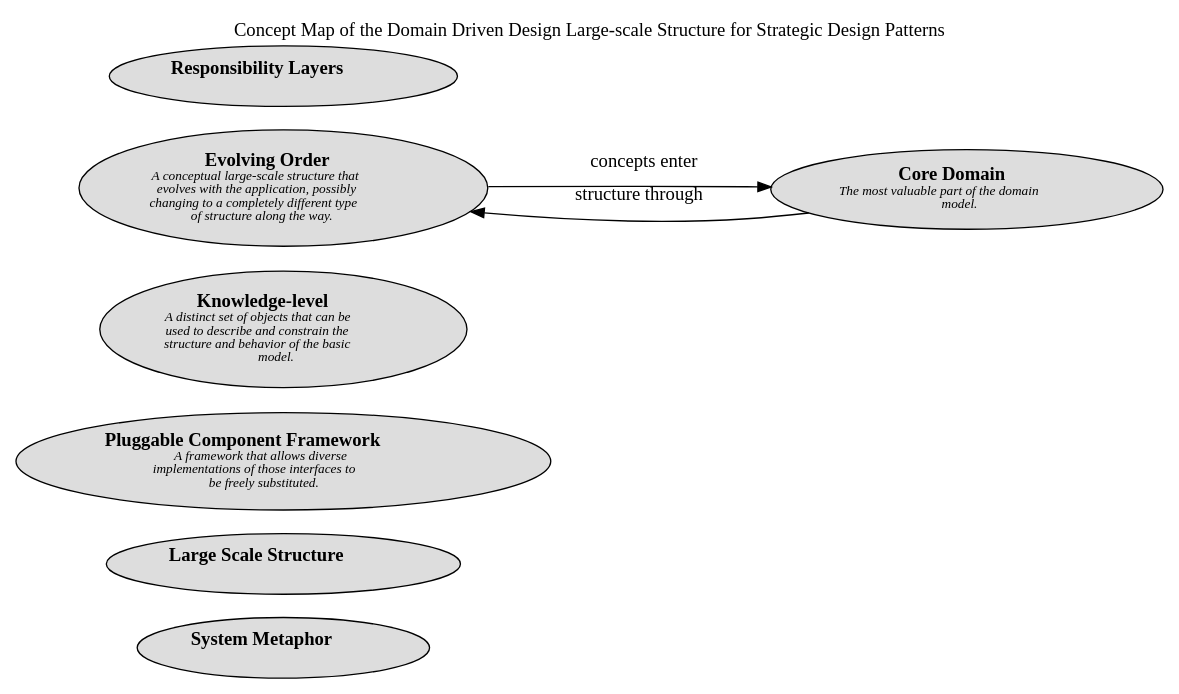
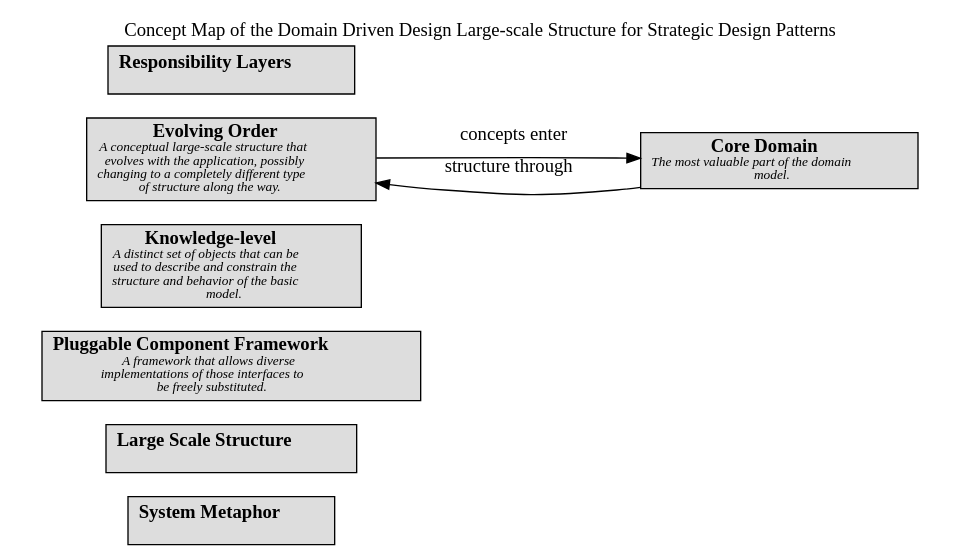
One commit to lsolbach/overarch-models changed the diagram in docs/software-development/domain-driven-design/large-scale-structure/concept-view.dot. Above: the diagram before and after it, drawn with Graphviz. The commit also changed 57 other files, not shown here.

```diff
--- a/docs/software-development/domain-driven-design/large-scale-structure/concept-view.dot
+++ b/docs/software-development/domain-driven-design/large-scale-structure/concept-view.dot
@@ -1,20 +1,20 @@
 digraph "Concept Map of the Domain Driven Design Large-scale Structure for Strategic Design Patterns" {
   labelloc= "t"
   label="Concept Map of the Domain Driven Design Large-scale Structure for Strategic Design Patterns"
   rankdir="LR"
 
   layout=dot
-software_development_domain_driven_design_large_scale_structure__c_system_metaphor [shape=ellipse style=filled fillcolor="#dddddd" label=<<B>System Metaphor</B><BR/><FONT POINT-SIZE="10"><I> </I></FONT>>]
-software_development_domain_driven_design_large_scale_structure__c_large_scale_structure [shape=ellipse style=filled fillcolor="#dddddd" label=<<B>Large Scale Structure</B><BR/><FONT POINT-SIZE="10"><I> </I></FONT>>]
-software_development_domain_driven_design_large_scale_structure__c_pluggable_component_framework [shape=ellipse style=filled fillcolor="#dddddd" label=<<B>Pluggable Component Framework</B><BR/><FONT POINT-SIZE="10"><I>A framework that allows diverse<BR/>implementations of those interfaces to<BR/>be freely substituted. </I></FONT>>]
-software_development_domain_driven_design_large_scale_structure__c_knowledge_level [shape=ellipse style=filled fillcolor="#dddddd" label=<<B>Knowledge-level</B><BR/><FONT POINT-SIZE="10"><I>A distinct set of objects that can be<BR/>used to describe and constrain the<BR/>structure and behavior of the basic<BR/>model. </I></FONT>>]
-software_development_domain_driven_design_large_scale_structure__c_evolving_order [shape=ellipse style=filled fillcolor="#dddddd" label=<<B>Evolving Order</B><BR/><FONT POINT-SIZE="10"><I>A conceptual large-scale structure that<BR/>evolves with the application, possibly<BR/>changing to a completely different type<BR/>of structure along the way. </I></FONT>>]
-software_development_domain_driven_design_large_scale_structure__c_responsibility_layers [shape=ellipse style=filled fillcolor="#dddddd" label=<<B>Responsibility Layers</B><BR/><FONT POINT-SIZE="10"><I> </I></FONT>>]
-software_development_domain_driven_design_distillation__c_core_domain [shape=ellipse style=filled fillcolor="#dddddd" label=<<B>Core Domain</B><BR/><FONT POINT-SIZE="10"><I>The most valuable part of the domain<BR/>model. </I></FONT>>]
+software_development_domain_driven_design_large_scale_structure__c_system_metaphor [shape=box style=filled fillcolor="#dddddd" label=<<B>System Metaphor</B><BR/><FONT POINT-SIZE="10"><I> </I></FONT>>]
+software_development_domain_driven_design_large_scale_structure__c_large_scale_structure [shape=box style=filled fillcolor="#dddddd" label=<<B>Large Scale Structure</B><BR/><FONT POINT-SIZE="10"><I> </I></FONT>>]
+software_development_domain_driven_design_large_scale_structure__c_pluggable_component_framework [shape=box style=filled fillcolor="#dddddd" label=<<B>Pluggable Component Framework</B><BR/><FONT POINT-SIZE="10"><I>A framework that allows diverse<BR/>implementations of those interfaces to<BR/>be freely substituted. </I></FONT>>]
+software_development_domain_driven_design_large_scale_structure__c_knowledge_level [shape=box style=filled fillcolor="#dddddd" label=<<B>Knowledge-level</B><BR/><FONT POINT-SIZE="10"><I>A distinct set of objects that can be<BR/>used to describe and constrain the<BR/>structure and behavior of the basic<BR/>model. </I></FONT>>]
+software_development_domain_driven_design_large_scale_structure__c_evolving_order [shape=box style=filled fillcolor="#dddddd" label=<<B>Evolving Order</B><BR/><FONT POINT-SIZE="10"><I>A conceptual large-scale structure that<BR/>evolves with the application, possibly<BR/>changing to a completely different type<BR/>of structure along the way. </I></FONT>>]
+software_development_domain_driven_design_large_scale_structure__c_responsibility_layers [shape=box style=filled fillcolor="#dddddd" label=<<B>Responsibility Layers</B><BR/><FONT POINT-SIZE="10"><I> </I></FONT>>]
+software_development_domain_driven_design_distillation__c_core_domain [shape=box style=filled fillcolor="#dddddd" label=<<B>Core Domain</B><BR/><FONT POINT-SIZE="10"><I>The most valuable part of the domain<BR/>model. </I></FONT>>]
  
 software_development_domain_driven_design_distillation__c_core_domain -> software_development_domain_driven_design_large_scale_structure__c_evolving_order [label=<structure through<BR/><FONT POINT-SIZE="10"><I> </I></FONT>>]
 software_development_domain_driven_design_large_scale_structure__c_evolving_order -> software_development_domain_driven_design_distillation__c_core_domain [label=<concepts enter<BR/><FONT POINT-SIZE="10"><I> </I></FONT>>]
  
 }
 
 // (generated by Overarch with template views/view.dot.cmb)
```
